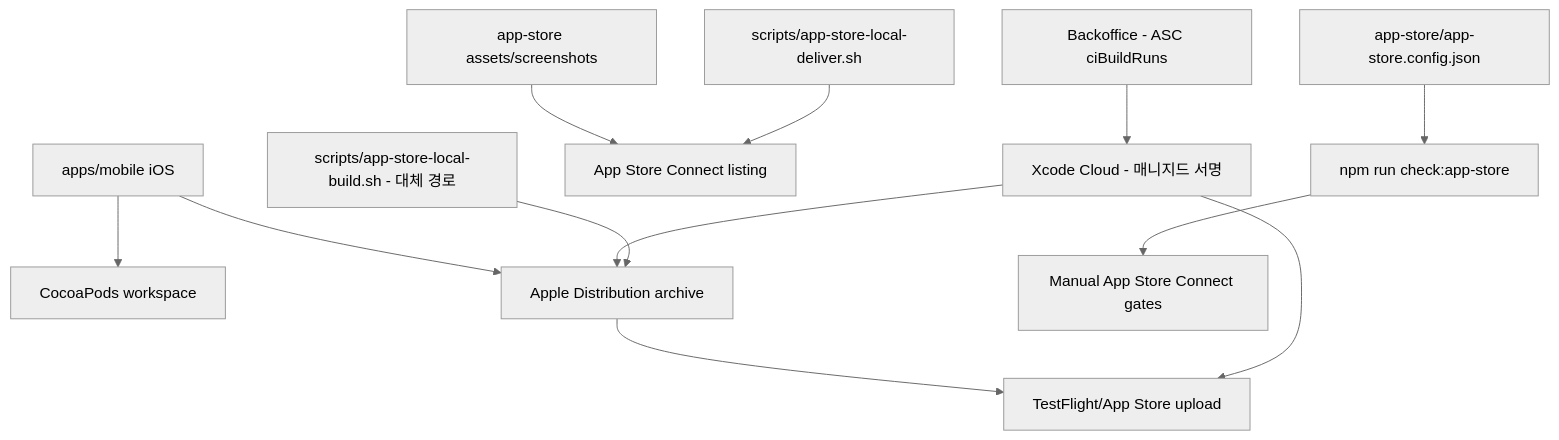
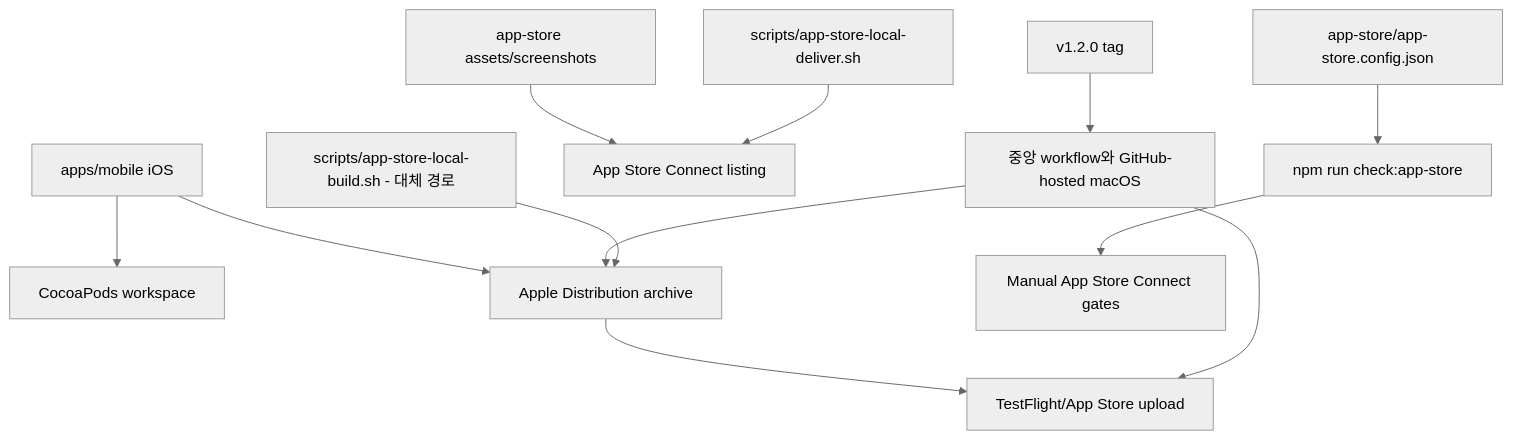
Before and after one commit to seorilabs/crossword-puzzle: the diagram in docs/app-store-registration.md, drawn with Mermaid (neutral theme). The commit also changed other lines of this file and 4 other files, not shown here.

````diff
--- a/docs/app-store-registration.md
+++ b/docs/app-store-registration.md
@@ -17,14 +17,14 @@
 ```mermaid
 flowchart TD
   Config["app-store/app-store.config.json"] --> Checker["npm run check:app-store"]
   Mobile["apps/mobile iOS"] --> Pods["CocoaPods workspace"]
   Mobile --> Archive["Apple Distribution archive"]
   Assets["app-store assets/screenshots"] --> Listing["App Store Connect listing"]
   Checker --> Console["Manual App Store Connect gates"]
   Archive --> Upload["TestFlight/App Store upload"]
-  Workflow["Backoffice - ASC ciBuildRuns"] --> XcodeCloud["Xcode Cloud - 매니지드 서명"]
-  XcodeCloud --> Archive
-  XcodeCloud --> Upload
+  Workflow["v1.2.0 tag"] --> ReleaseRunner["중앙 workflow와 GitHub-hosted macOS"]
+  ReleaseRunner --> Archive
+  ReleaseRunner --> Upload
   LocalBuild["scripts/app-store-local-build.sh - 대체 경로"] --> Archive
   LocalDeliver["scripts/app-store-local-deliver.sh"] --> Listing
 ```
````
